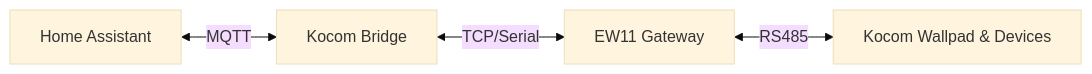
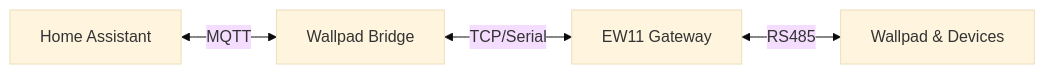
Before and after one commit to indielife/wallpad-mqtt-bridge: the diagram in docs/architecture.md, drawn with Mermaid (base theme). The commit also changed other lines of this file and 1 other file, not shown here.

First line of the commit message:
📝 docs(architecture): 코드 드리프트 정정 및 깨진 링크 수정 (#150)

````diff
--- a/docs/architecture.md
+++ b/docs/architecture.md
@@ -11,6 +11,6 @@
 ```mermaid
 graph LR
-    HA[Home Assistant] <--> |MQTT| Bridge[Kocom Bridge]
+    HA[Home Assistant] <--> |MQTT| Bridge[Wallpad Bridge]
     Bridge <--> |TCP/Serial| EW11[EW11 Gateway]
-    EW11 <--> |RS485| Wallpad[Kocom Wallpad & Devices]
+    EW11 <--> |RS485| Wallpad[Wallpad & Devices]
 ```
````
